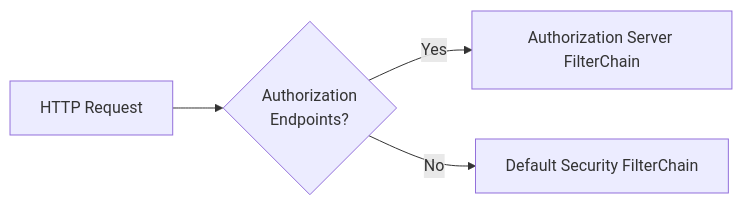
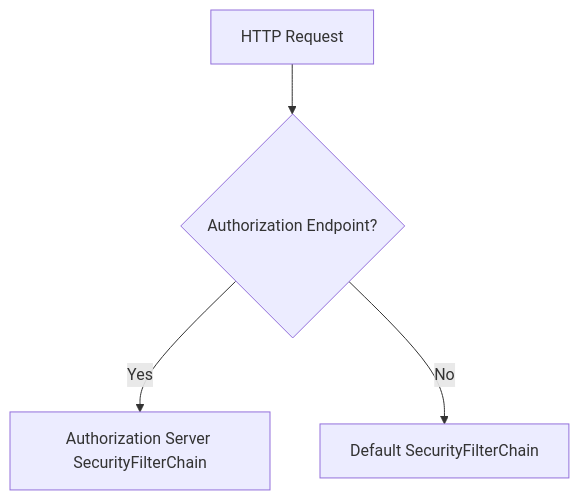
The third of 7 diagrams in docs/reference/architecture/authorization-service-core/authorization-service-core.md (flamingo-stack/openframe-oss-lib), drawn with Mermaid before and after one commit. The commit also changed other lines of this file and 172 other files, not shown here.

````diff
--- a/docs/reference/architecture/authorization-service-core/authorization-service-core.md
+++ b/docs/reference/architecture/authorization-service-core/authorization-service-core.md
@@ -94,6 +94,7 @@
 ```mermaid
-flowchart LR
-    Request["HTTP Request"] --> MatchAS{"Authorization<br/>Endpoints?"}
-    MatchAS -->|"Yes"| ASChain["Authorization Server FilterChain"]
-    MatchAS -->|"No"| DefaultChain["Default Security FilterChain"]
+flowchart TD
+    Request["HTTP Request"] --> Matcher{"Authorization Endpoint?"}
+
+    Matcher -->|"Yes"| ASChain["Authorization Server SecurityFilterChain"]
+    Matcher -->|"No"| DefaultChain["Default SecurityFilterChain"]
 ```
````
